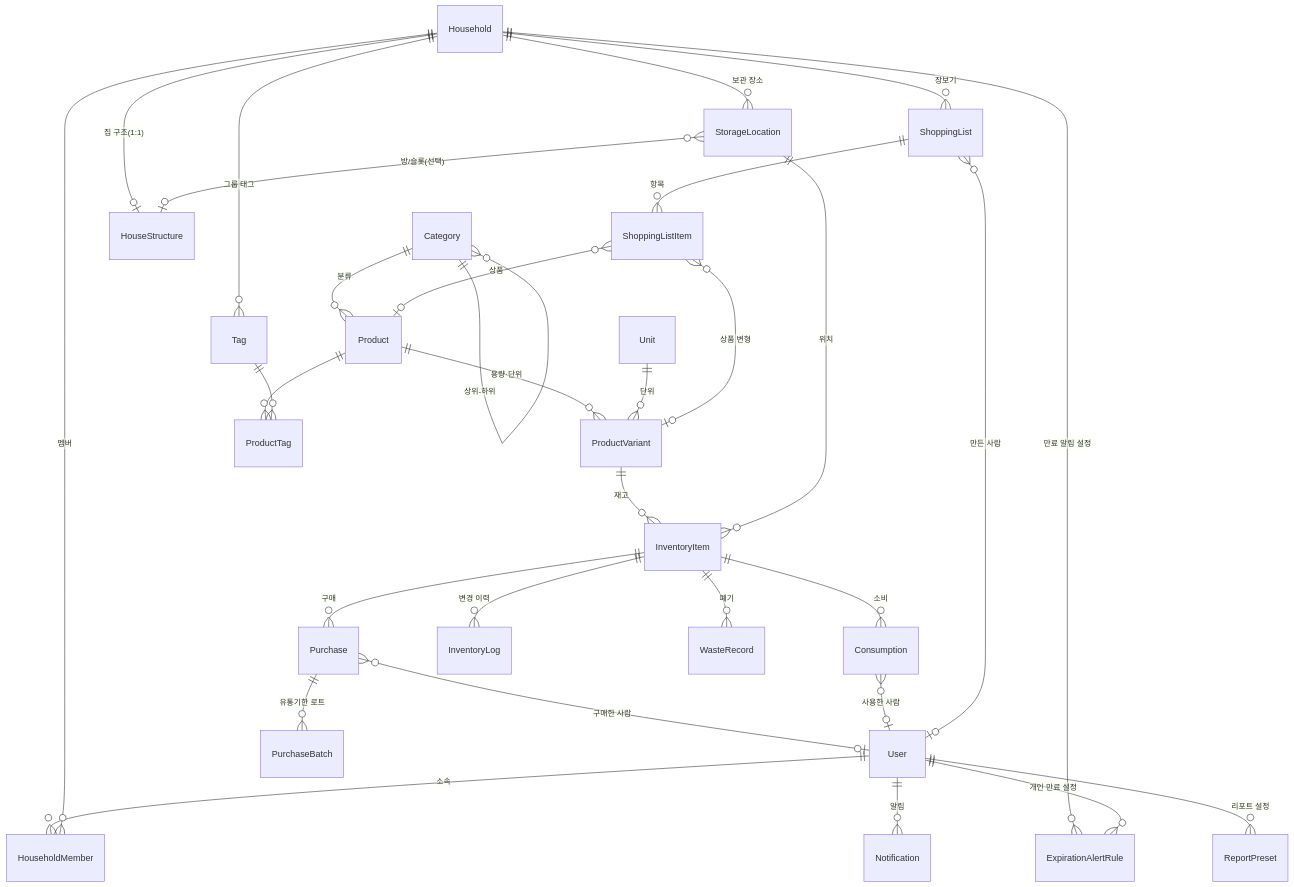
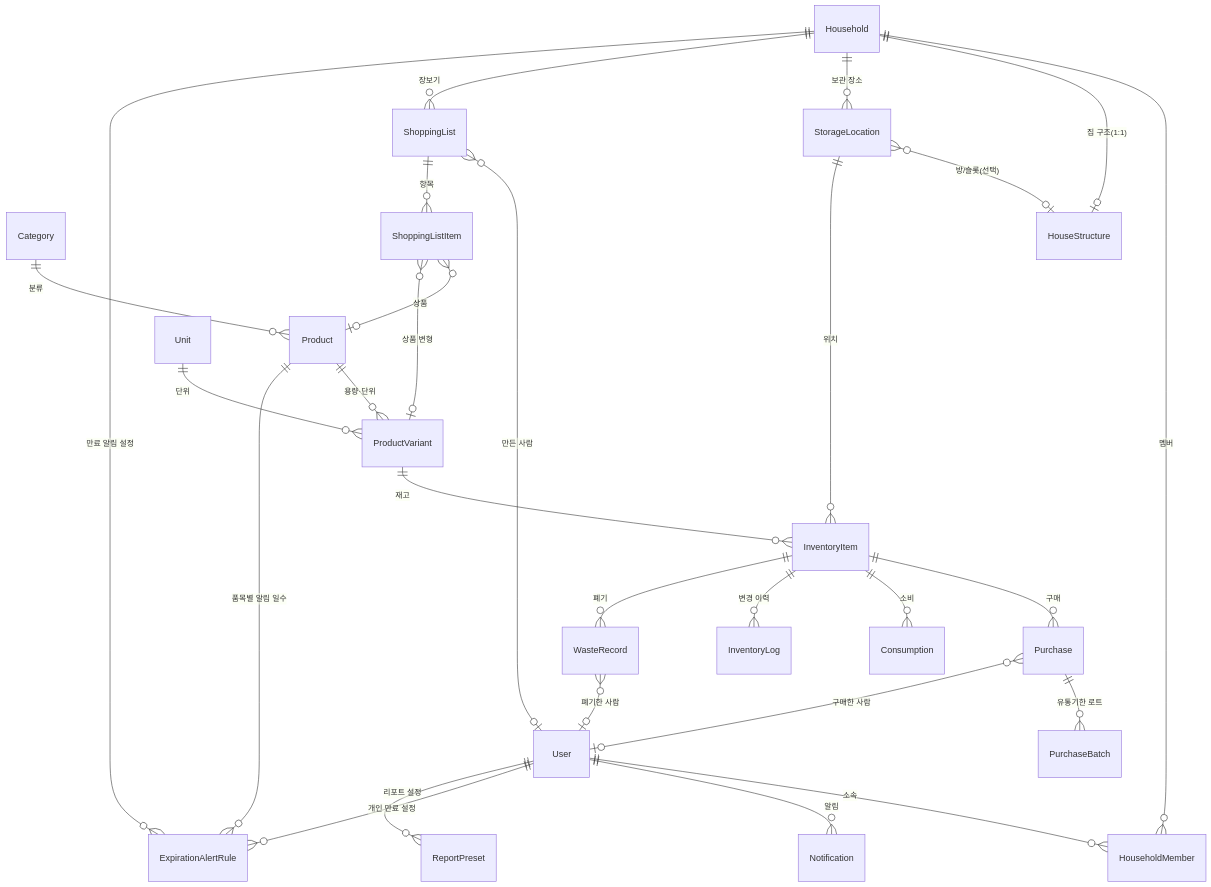
The diagram in backend/docs/entity-conceptual-design.md (wukdddang/home-inventory-manager), drawn with Mermaid before and after one commit. The commit also changed other lines of this file and 5 other files, not shown here.

````diff
--- a/backend/docs/entity-conceptual-design.md
+++ b/backend/docs/entity-conceptual-design.md
@@ -14,42 +14,38 @@
 ```mermaid
 erDiagram
     User ||--o{ HouseholdMember : "소속"
     Household ||--o{ HouseholdMember : "멤버"
 
-    Category ||--o{ Category : "상위-하위"
     Category ||--o{ Product : "분류"
 
     Household ||--o| HouseStructure : "집 구조(1:1)"
     Household ||--o{ StorageLocation : "보관 장소"
     StorageLocation }o--o| HouseStructure : "방/슬롯(선택)"
     Household ||--o{ ShoppingList : "장보기"
     Household ||--o{ ExpirationAlertRule : "만료 알림 설정"
-    Household ||--o{ Tag : "그룹 태그"
 
     Product ||--o{ ProductVariant : "용량·단위"
+    Product ||--o{ ExpirationAlertRule : "품목별 알림 일수"
     Unit ||--o{ ProductVariant : "단위"
 
     ProductVariant ||--o{ InventoryItem : "재고"
     StorageLocation ||--o{ InventoryItem : "위치"
 
     InventoryItem ||--o{ Purchase : "구매"
     Purchase ||--o{ PurchaseBatch : "유통기한 로트"
     InventoryItem ||--o{ Consumption : "소비"
     InventoryItem ||--o{ InventoryLog : "변경 이력"
     InventoryItem ||--o{ WasteRecord : "폐기"
 
     Purchase }o--o| User : "구매한 사람"
-    Consumption }o--o| User : "사용한 사람"
+    WasteRecord }o--o| User : "폐기한 사람"
 
     ShoppingList }o--o| User : "만든 사람"
     ShoppingList ||--o{ ShoppingListItem : "항목"
     ShoppingListItem }o--o| Product : "상품"
     ShoppingListItem }o--o| ProductVariant : "상품 변형"
 
     User ||--o{ Notification : "알림"
     User ||--o{ ExpirationAlertRule : "개인 만료 설정"
     User ||--o{ ReportPreset : "리포트 설정"
-
-    Product ||--o{ ProductTag : ""
-    Tag ||--o{ ProductTag : ""
 ```
````
